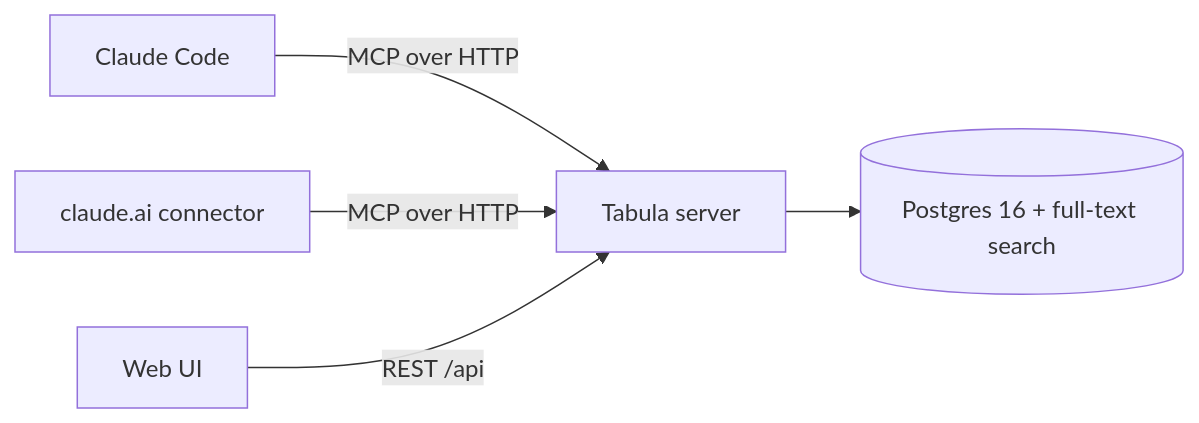
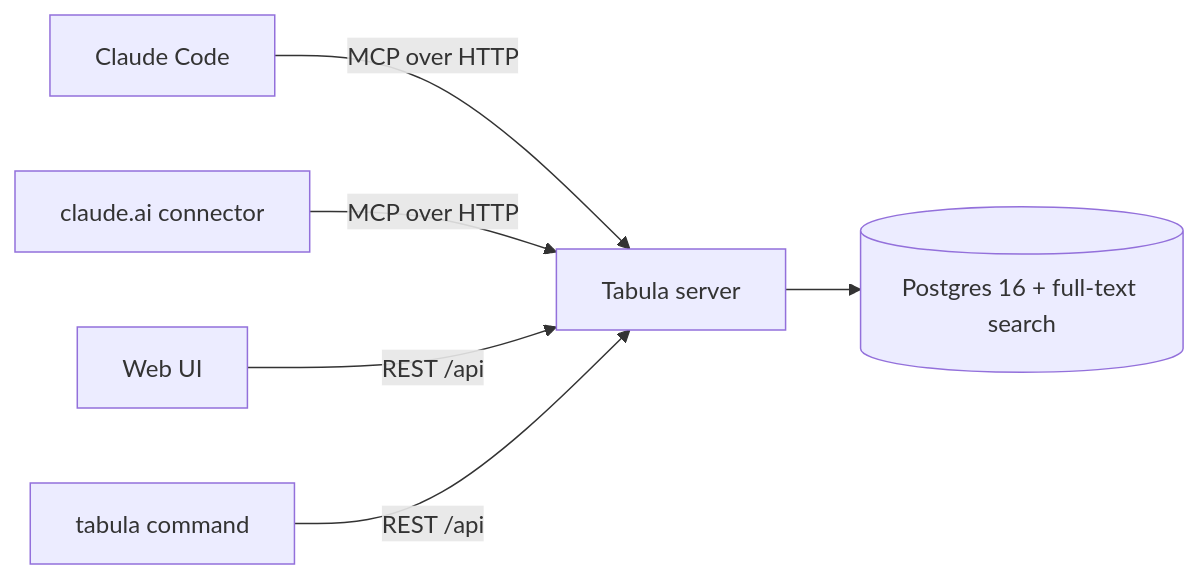
One commit to carnaby/tabula-mcp changed the diagram in README.md. Above: the diagram before and after it, drawn with Mermaid. The commit also changed other lines of this file and 1 other file, not shown here.

Commit message:
docs: README for project files, the tabula command, global rules and notes

````diff
--- a/README.md
+++ b/README.md
@@ -119,7 +162,8 @@
 ```mermaid
 flowchart LR
   CC[Claude Code] -->|MCP over HTTP| T[Tabula server]
   CA[claude.ai connector] -->|MCP over HTTP| T
   UI[Web UI] -->|REST /api| T
+  CLI[tabula command] -->|REST /api| T
   T --> PG[(Postgres 16 + full-text search)]
 ```
````
